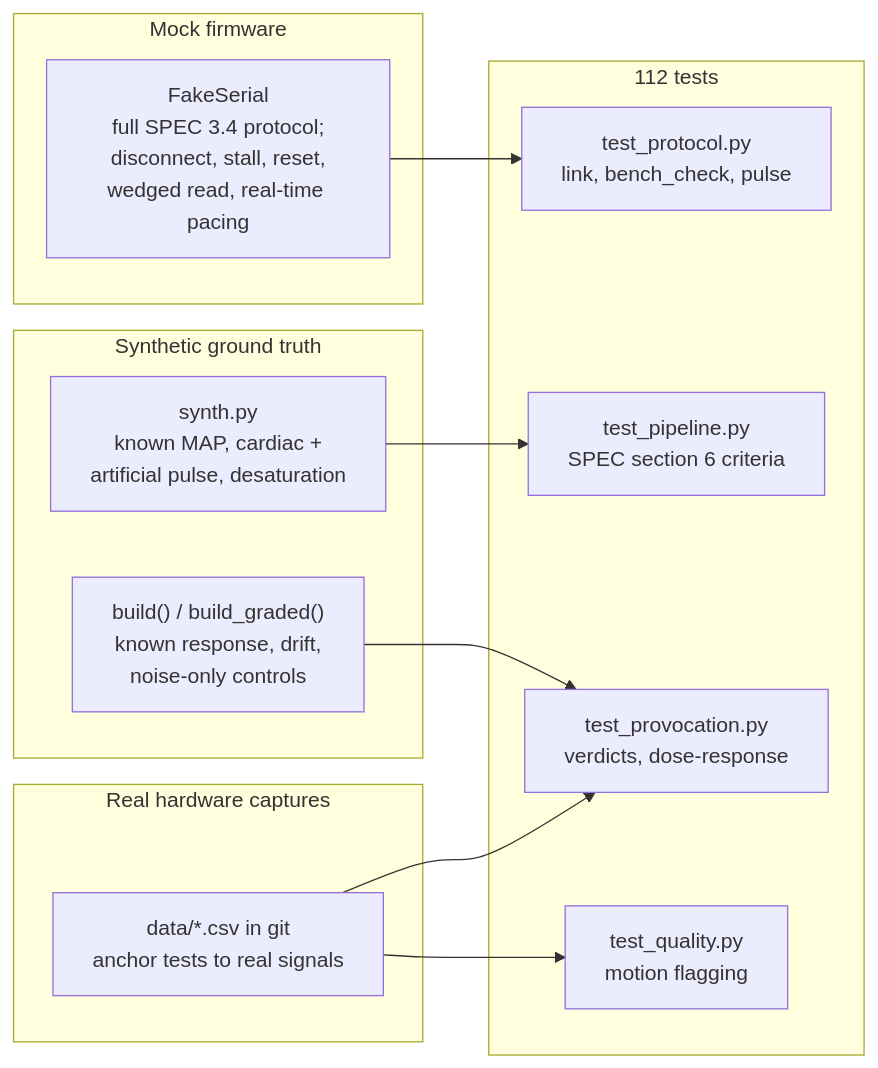
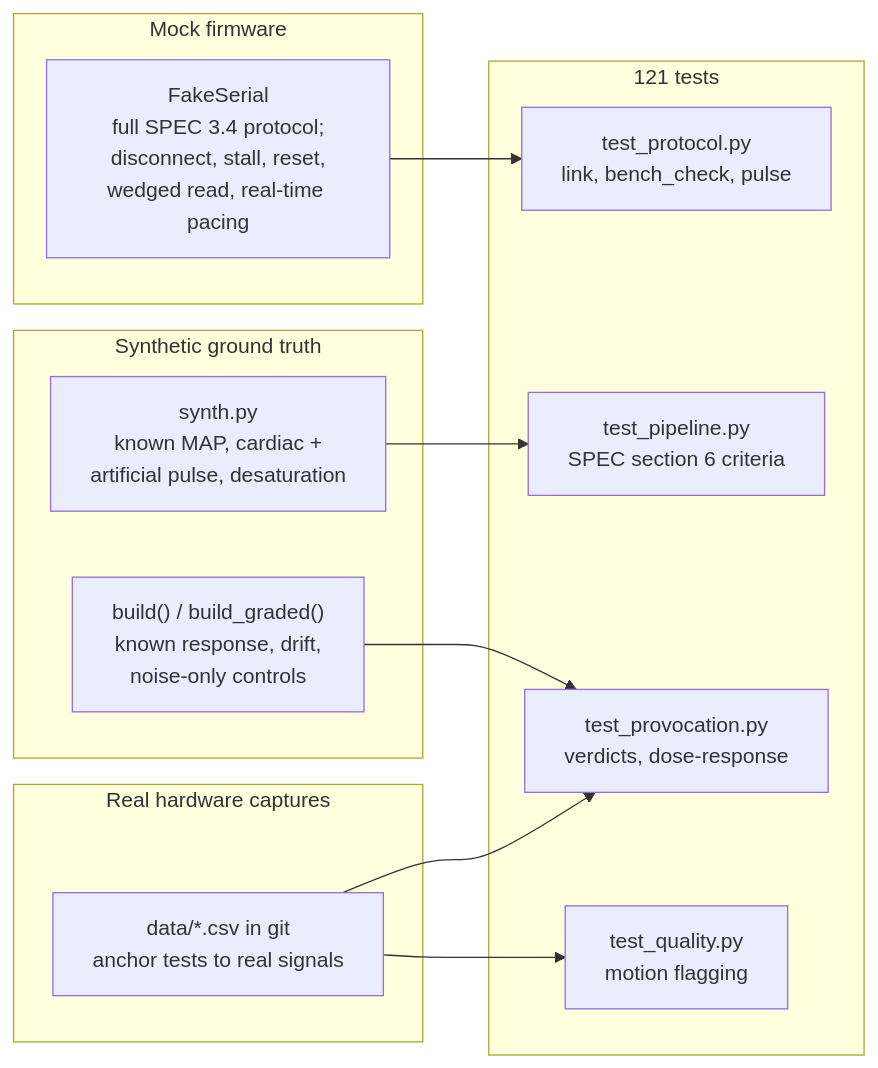
The sixth of 6 diagrams in docs/architecture.md (akkhilmorkonda/MAPQuest_PPG), drawn with Mermaid before and after one commit. The commit also changed other lines of this file and 7 other files, not shown here.

````diff
--- a/docs/architecture.md
+++ b/docs/architecture.md
@@ -247,24 +255,24 @@
 ```mermaid
 flowchart LR
     subgraph SYN["Synthetic ground truth"]
         SYNTH["synth.py<br/>known MAP, cardiac +<br/>artificial pulse, desaturation"]
         PBUILD["build() / build_graded()<br/>known response, drift,<br/>noise-only controls"]
     end
     subgraph MOCK["Mock firmware"]
         FAKE["FakeSerial<br/>full SPEC 3.4 protocol;<br/>disconnect, stall, reset,<br/>wedged read, real-time pacing"]
     end
     subgraph HW["Real hardware captures"]
         CAP["data/*.csv in git<br/>anchor tests to real signals"]
     end
-    subgraph TESTS["112 tests"]
+    subgraph TESTS["121 tests"]
         T1["test_pipeline.py<br/>SPEC section 6 criteria"]
         T2["test_protocol.py<br/>link, bench_check, pulse"]
         T3["test_provocation.py<br/>verdicts, dose-response"]
         T4["test_quality.py<br/>motion flagging"]
     end
     SYNTH --> T1
     FAKE --> T2
     PBUILD --> T3
     CAP --> T4
     CAP --> T3
 ```
````
